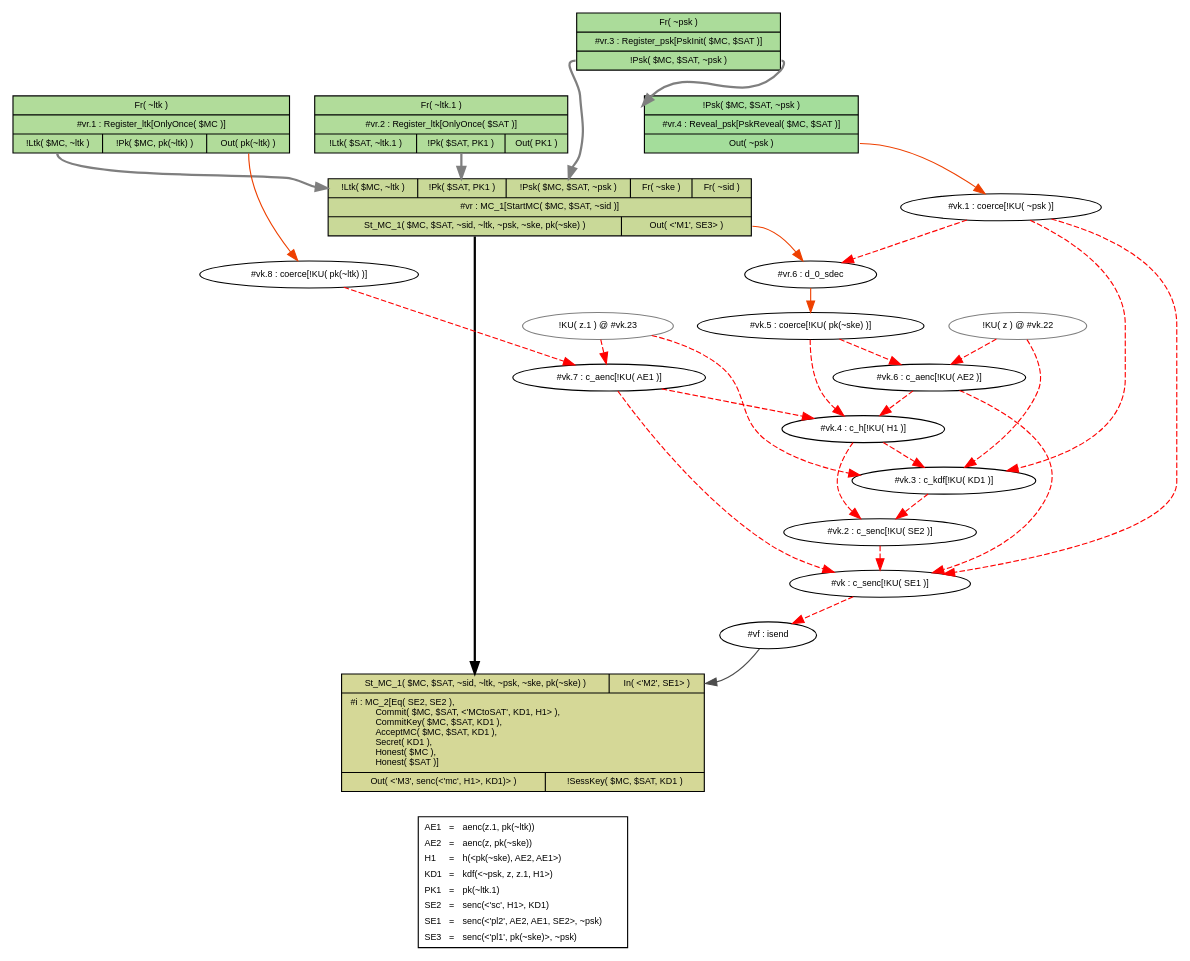
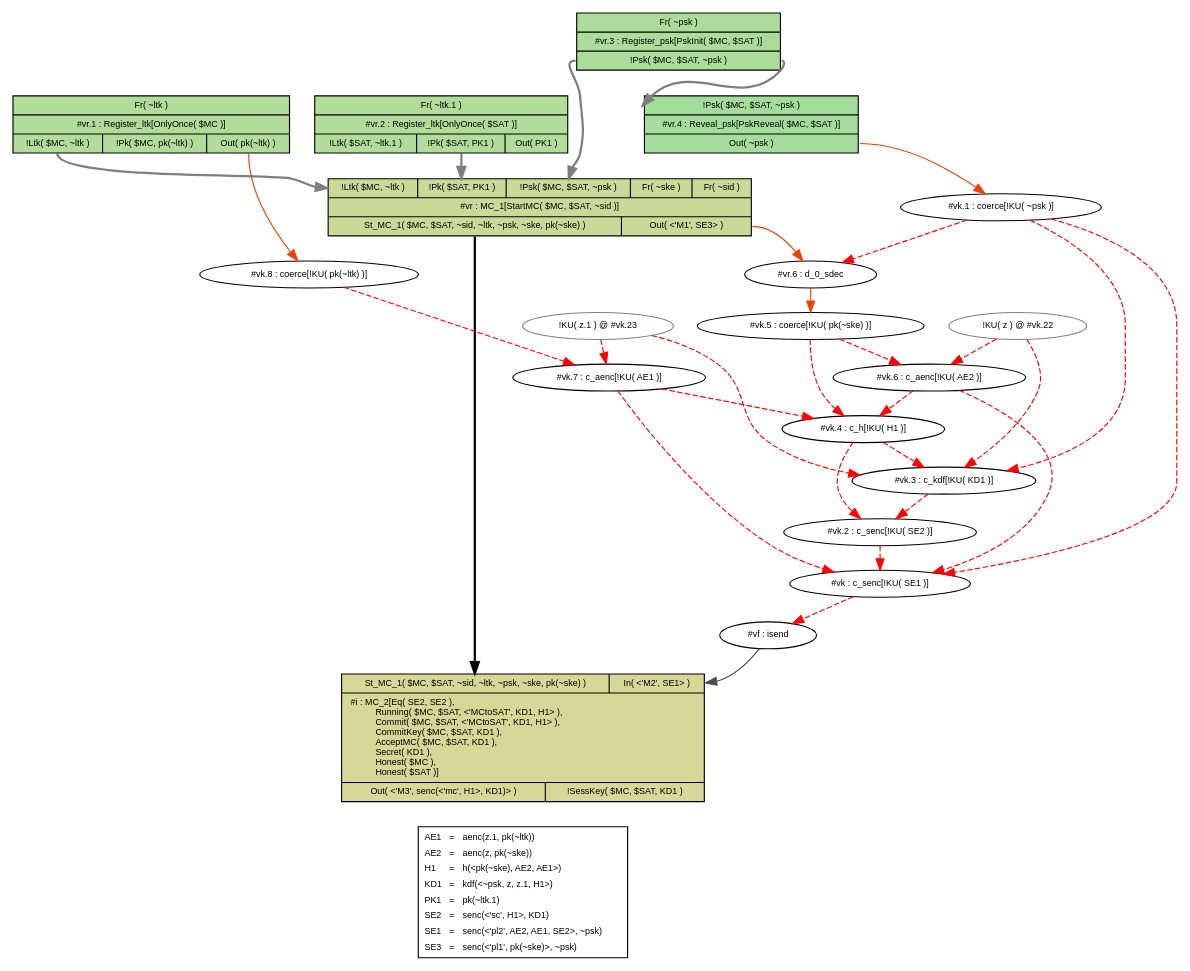
Before and after one commit to DheelepN/sdls-ep-formal-verification: the diagram in traces/fa02_respauth.dot, drawn with Graphviz. The commit also changed 29 other files, not shown here.

```diff
--- a/traces/fa02_respauth.dot
+++ b/traces/fa02_respauth.dot
@@ -1,68 +1,68 @@
 digraph "trace_dual_kem_SL2-AS0-CL0-A1-C1-NB_responder_auth_expected_fail-MC_2-MC_1-c_senc-Reveal_psk-c_senc-c_kdf-c_h-MC_1-split_case_4-c_aenc-c_aenc-Register_ltk" {
 nodesep="0.3";
 ranksep="0.3";
 node[fontsize="8",fontname="Helvetica",width="0.3",height="0.2"];
 edge[fontsize="8",fontname="Helvetica"];
-n5[shape="record",label="{{<n0> St_MC_1( $MC, $SAT, ~sid, ~ltk, ~psk, ~ske, pk(~ske) )|<n1> In( \<'M2', SE1\> )}|{<n2> #i : MC_2[Eq( SE2, SE2 ),\l&nbsp;&nbsp;&nbsp;&nbsp;&nbsp;&nbsp;&nbsp;&nbsp;&nbsp;&nbsp;Commit( $MC, $SAT, \<'MCtoSAT', KD1, H1\> ),\l&nbsp;&nbsp;&nbsp;&nbsp;&nbsp;&nbsp;&nbsp;&nbsp;&nbsp;&nbsp;CommitKey( $MC, $SAT, KD1 ),\l&nbsp;&nbsp;&nbsp;&nbsp;&nbsp;&nbsp;&nbsp;&nbsp;&nbsp;&nbsp;AcceptMC( $MC, $SAT, KD1 ),\l&nbsp;&nbsp;&nbsp;&nbsp;&nbsp;&nbsp;&nbsp;&nbsp;&nbsp;&nbsp;Secret( KD1 ),\l&nbsp;&nbsp;&nbsp;&nbsp;&nbsp;&nbsp;&nbsp;&nbsp;&nbsp;&nbsp;Honest( $MC ),\l&nbsp;&nbsp;&nbsp;&nbsp;&nbsp;&nbsp;&nbsp;&nbsp;&nbsp;&nbsp;Honest( $SAT )]\l}|{<n3> Out( \<'M3', senc(\<'mc', H1\>, KD1)\> )|<n4> !SessKey( $MC, $SAT, KD1 )}}",fillcolor="#d5d897",style="filled",fontcolor="black",role="Undefined"];
+n5[shape="record",label="{{<n0> St_MC_1( $MC, $SAT, ~sid, ~ltk, ~psk, ~ske, pk(~ske) )|<n1> In( \<'M2', SE1\> )}|{<n2> #i : MC_2[Eq( SE2, SE2 ),\l&nbsp;&nbsp;&nbsp;&nbsp;&nbsp;&nbsp;&nbsp;&nbsp;&nbsp;&nbsp;Running( $MC, $SAT, \<'MCtoSAT', KD1, H1\> ),\l&nbsp;&nbsp;&nbsp;&nbsp;&nbsp;&nbsp;&nbsp;&nbsp;&nbsp;&nbsp;Commit( $MC, $SAT, \<'MCtoSAT', KD1, H1\> ),\l&nbsp;&nbsp;&nbsp;&nbsp;&nbsp;&nbsp;&nbsp;&nbsp;&nbsp;&nbsp;CommitKey( $MC, $SAT, KD1 ),\l&nbsp;&nbsp;&nbsp;&nbsp;&nbsp;&nbsp;&nbsp;&nbsp;&nbsp;&nbsp;AcceptMC( $MC, $SAT, KD1 ),\l&nbsp;&nbsp;&nbsp;&nbsp;&nbsp;&nbsp;&nbsp;&nbsp;&nbsp;&nbsp;Secret( KD1 ),\l&nbsp;&nbsp;&nbsp;&nbsp;&nbsp;&nbsp;&nbsp;&nbsp;&nbsp;&nbsp;Honest( $MC ),\l&nbsp;&nbsp;&nbsp;&nbsp;&nbsp;&nbsp;&nbsp;&nbsp;&nbsp;&nbsp;Honest( $SAT )]\l}|{<n3> Out( \<'M3', senc(\<'mc', H1\>, KD1)\> )|<n4> !SessKey( $MC, $SAT, KD1 )}}",fillcolor="#d5d897",style="filled",fontcolor="black",role="Undefined"];
 n6[label="#vf : isend",shape="ellipse"];
 n7[label="#vk : c_senc[!KU( SE1 )]",shape="ellipse"];
 n16[shape="record",label="{{<n8> !Ltk( $MC, ~ltk )|<n9> !Pk( $SAT, PK1 )|<n10> !Psk( $MC, $SAT, ~psk )|<n11> Fr( ~ske )|<n12> Fr( ~sid )}|{<n13> #vr : MC_1[StartMC( $MC, $SAT, ~sid )]}|{<n14> St_MC_1( $MC, $SAT, ~sid, ~ltk, ~psk, ~ske, pk(~ske) )|<n15> Out( \<'M1', SE3\> )}}",fillcolor="#c9d998",style="filled",fontcolor="black",role="Undefined"];
 n17[label="#vk.1 : coerce[!KU( ~psk )]",shape="ellipse"];
 n23[shape="record",label="{{<n18> Fr( ~ltk )}|{<n19> #vr.1 : Register_ltk[OnlyOnce( $MC )]}|{<n20> !Ltk( $MC, ~ltk )|<n21> !Pk( $MC, pk(~ltk) )|<n22> Out( pk(~ltk) )}}",fillcolor="#b1dc9a",style="filled",fontcolor="black",role="Undefined"];
 n24[label="#vk.2 : c_senc[!KU( SE2 )]",shape="ellipse"];
 n30[shape="record",label="{{<n25> Fr( ~ltk.1 )}|{<n26> #vr.2 : Register_ltk[OnlyOnce( $SAT )]}|{<n27> !Ltk( $SAT, ~ltk.1 )|<n28> !Pk( $SAT, PK1 )|<n29> Out( PK1 )}}",fillcolor="#b1dc9a",style="filled",fontcolor="black",role="Undefined"];
 n31[label="#vk.3 : c_kdf[!KU( KD1 )]",shape="ellipse"];
 n35[shape="record",label="{{<n32> Fr( ~psk )}|{<n33> #vr.3 : Register_psk[PskInit( $MC, $SAT )]}|{<n34> !Psk( $MC, $SAT, ~psk )}}",fillcolor="#abdc9a",style="filled",fontcolor="black",role="Undefined"];
 n36[label="#vk.4 : c_h[!KU( H1 )]",shape="ellipse"];
 n40[shape="record",label="{{<n37> !Psk( $MC, $SAT, ~psk )}|{<n38> #vr.4 : Reveal_psk[PskReveal( $MC, $SAT )]}|{<n39> Out( ~psk )}}",fillcolor="#a4dd9b",style="filled",fontcolor="black",role="Undefined"];
 n41[label="#vk.5 : coerce[!KU( pk(~ske) )]",shape="ellipse"];
 n42[label="#vk.6 : c_aenc[!KU( AE2 )]",shape="ellipse"];
 n43[label="#vr.6 : d_0_sdec",shape="ellipse"];
 n44[label="#vk.7 : c_aenc[!KU( AE1 )]",shape="ellipse"];
 n45[label="#vk.8 : coerce[!KU( pk(~ltk) )]",shape="ellipse"];
 n46[label="!KU( z ) @ #vk.22",shape="ellipse",color="gray"];
 n47[label="!KU( z.1 ) @ #vk.23",shape="ellipse",color="gray"];
 n6 -> n5:n1[color="gray30"];
 n16:n14 -> n5:n0[style="bold",weight="10.0"];
 n16:n15 -> n43[color="orangered2"];
 n23:n20 -> n16:n8[style="bold",weight="10.0",color="gray50"];
 n23:n22 -> n45[color="orangered2"];
 n30:n28 -> n16:n9[style="bold",weight="10.0",color="gray50"];
 n35:n34 -> n16:n10[style="bold",weight="10.0",color="gray50"];
 n35:n34 -> n40:n37[style="bold",weight="10.0",color="gray50"];
 n40:n39 -> n17[color="orangered2"];
 n43 -> n41[color="orangered2"];
 n7 -> n6[color="red",style="dashed"];
 n17 -> n7[color="red",style="dashed"];
 n17 -> n31[color="red",style="dashed"];
 n17 -> n43[color="red",style="dashed"];
 n24 -> n7[color="red",style="dashed"];
 n31 -> n24[color="red",style="dashed"];
 n36 -> n24[color="red",style="dashed"];
 n36 -> n31[color="red",style="dashed"];
 n41 -> n36[color="red",style="dashed"];
 n41 -> n42[color="red",style="dashed"];
 n42 -> n7[color="red",style="dashed"];
 n42 -> n36[color="red",style="dashed"];
 n44 -> n7[color="red",style="dashed"];
 n44 -> n36[color="red",style="dashed"];
 n45 -> n44[color="red",style="dashed"];
 n46 -> n31[color="red",style="dashed"];
 n46 -> n42[color="red",style="dashed"];
 n47 -> n31[color="red",style="dashed"];
 n47 -> n44[color="red",style="dashed"];
 {
 rank="sink";
 n48[shape="plain",label=<<TABLE BORDER="1" CELLBORDER="0" CELLSPACING="3" CELLPADDING="1"><TR><TD ALIGN="LEFT" VALIGN="TOP"><FONT COLOR="#000000">AE1</FONT></TD> <TD ALIGN="LEFT" VALIGN="TOP">=</TD> <TD ALIGN="LEFT" VALIGN="TOP">aenc(z.1, pk(~ltk))</TD></TR>
                                                                  <TR><TD ALIGN="LEFT" VALIGN="TOP"><FONT COLOR="#000000">AE2</FONT></TD> <TD ALIGN="LEFT" VALIGN="TOP">=</TD> <TD ALIGN="LEFT" VALIGN="TOP">aenc(z, pk(~ske))</TD></TR>
                                                                  <TR><TD ALIGN="LEFT" VALIGN="TOP"><FONT COLOR="#000000">H1</FONT></TD> <TD ALIGN="LEFT" VALIGN="TOP">=</TD> <TD ALIGN="LEFT" VALIGN="TOP">h(&lt;pk(~ske), AE2, AE1&gt;)</TD></TR>
                                                                  <TR><TD ALIGN="LEFT" VALIGN="TOP"><FONT COLOR="#000000">KD1</FONT></TD> <TD ALIGN="LEFT" VALIGN="TOP">=</TD> <TD ALIGN="LEFT" VALIGN="TOP">kdf(&lt;~psk, z, z.1, H1&gt;)</TD></TR>
                                                                  <TR><TD ALIGN="LEFT" VALIGN="TOP"><FONT COLOR="#000000">PK1</FONT></TD> <TD ALIGN="LEFT" VALIGN="TOP">=</TD> <TD ALIGN="LEFT" VALIGN="TOP">pk(~ltk.1)</TD></TR>
                                                                  <TR><TD ALIGN="LEFT" VALIGN="TOP"><FONT COLOR="#000000">SE2</FONT></TD> <TD ALIGN="LEFT" VALIGN="TOP">=</TD> <TD ALIGN="LEFT" VALIGN="TOP">senc(&lt;'sc', H1&gt;, KD1)</TD></TR>
                                                                  <TR><TD ALIGN="LEFT" VALIGN="TOP"><FONT COLOR="#000000">SE1</FONT></TD> <TD ALIGN="LEFT" VALIGN="TOP">=</TD> <TD ALIGN="LEFT" VALIGN="TOP">senc(&lt;'pl2', AE2, AE1, SE2&gt;, ~psk)</TD></TR>
                                                                  <TR><TD ALIGN="LEFT" VALIGN="TOP"><FONT COLOR="#000000">SE3</FONT></TD> <TD ALIGN="LEFT" VALIGN="TOP">=</TD> <TD ALIGN="LEFT" VALIGN="TOP">senc(&lt;'pl1', pk(~ske)&gt;, ~psk)</TD></TR></TABLE>>];
 
 }
 n5:n2 -> n48[style="invis"];
 
 }
```
